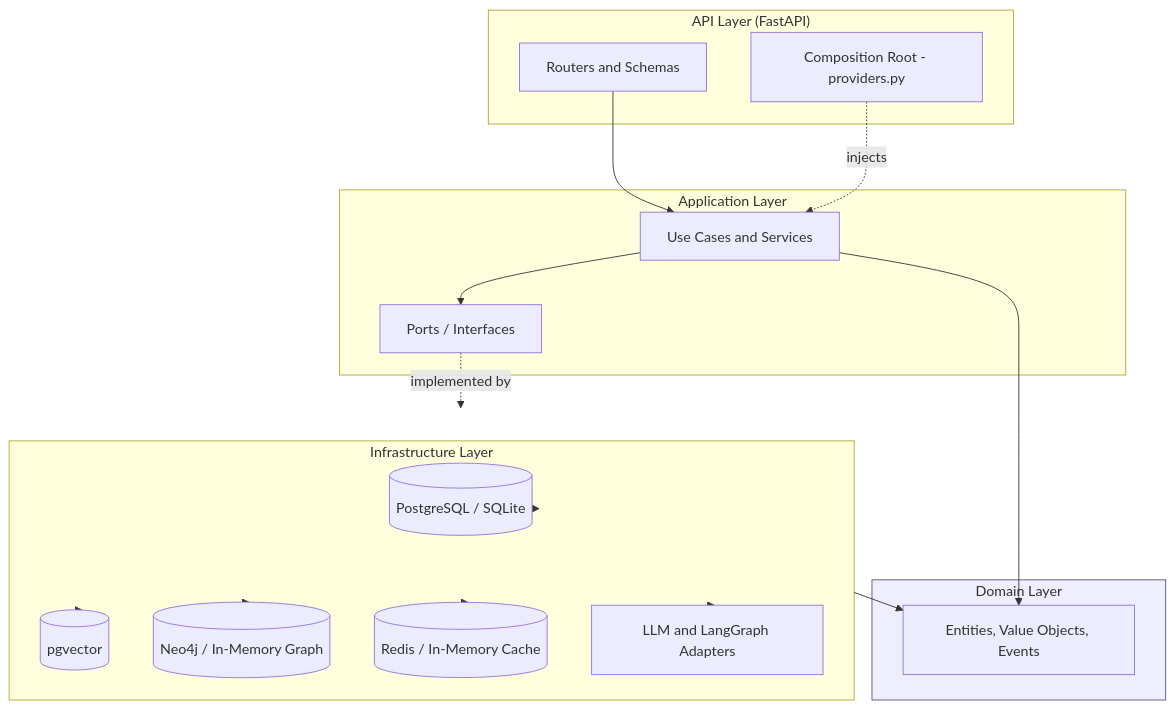
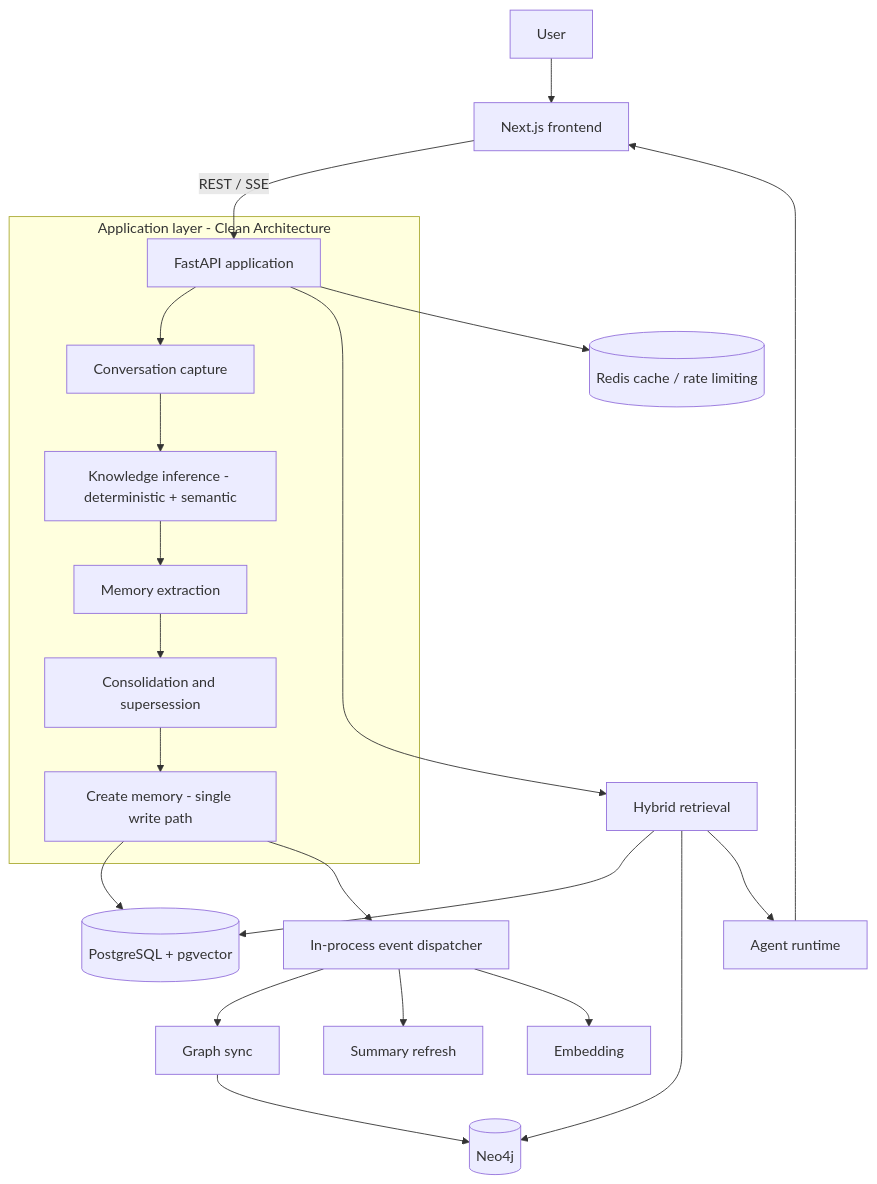
One commit to jeetain-saini/MEMORY_ARENA changed the first of 2 diagrams in README.md. Above: the diagram before and after it, drawn with Mermaid. The commit also changed other lines of this file and 25 other files, not shown here.

````diff
--- a/README.md
+++ b/README.md
@@ -141,36 +87,28 @@
 ```mermaid
-flowchart TB
-    subgraph API["API Layer (FastAPI)"]
-        R[Routers and Schemas]
-        CR[Composition Root - providers.py]
-    end
-    subgraph APP["Application Layer"]
-        UC[Use Cases and Services]
-        P[Ports / Interfaces]
-    end
-    subgraph DOM["Domain Layer"]
-        E[Entities, Value Objects, Events]
-    end
-    subgraph INF["Infrastructure Layer"]
-        DB[(PostgreSQL / SQLite)]
-        VEC[(pgvector)]
-        GRAPH[(Neo4j / In-Memory Graph)]
-        CACHE[(Redis / In-Memory Cache)]
-        LLM[LLM and LangGraph Adapters]
+flowchart TD
+    U[User] --> FE[Next.js frontend]
+    FE -->|REST / SSE| API[FastAPI application]
+
+    subgraph App[Application layer - Clean Architecture]
+        API --> CAP[Conversation capture]
+        CAP --> INF[Knowledge inference - deterministic + semantic]
+        INF --> EXT[Memory extraction]
+        EXT --> CON[Consolidation and supersession]
+        CON --> WRITE[Create memory - single write path]
     end
 
-    R --> UC
-    CR -. injects .-> UC
-    UC --> P
-    UC --> E
-    P -. implemented by .-> INF
-    INF --> E
-    INF --> DB
-    INF --> VEC
-    INF --> GRAPH
-    INF --> CACHE
-    INF --> LLM
+    WRITE --> PG[(PostgreSQL + pgvector)]
+    WRITE --> EVT[In-process event dispatcher]
+    EVT --> GRAPH[Graph sync]
+    EVT --> SUM[Summary refresh]
+    EVT --> EMB[Embedding]
+    GRAPH --> NEO[(Neo4j)]
 
-    classDef domain fill:#eef,stroke:#557;
-    class DOM domain;
+    API --> RET[Hybrid retrieval]
+    RET --> PG
+    RET --> NEO
+    RET --> AGENT[Agent runtime]
+    AGENT --> FE
+
+    API --> CACHE[(Redis cache / rate limiting)]
 ```
````
